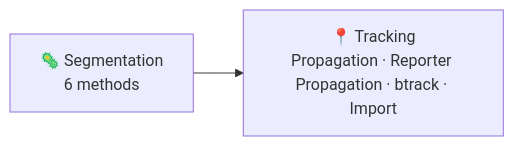
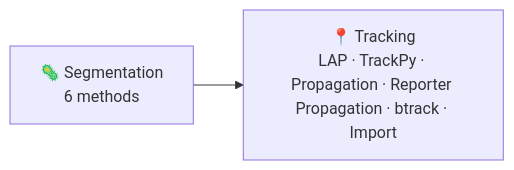
One commit to imAIgene-Dream3D/BEHAV3D changed the diagram in docs/source/processing/index.md. Above: the diagram before and after it, drawn with Mermaid. The commit also changed other lines of this file and 7 other files, not shown here.

````diff
--- a/docs/source/processing/index.md
+++ b/docs/source/processing/index.md
@@ -5,4 +5,4 @@
 ```{mermaid}
 flowchart LR
-    Seg["🦠 Segmentation<br/>6 methods"] --> Trk["📍 Tracking<br/>Propagation · Reporter Propagation · btrack · Import"]
+    Seg["🦠 Segmentation<br/>6 methods"] --> Trk["📍 Tracking<br/>LAP · TrackPy · Propagation · Reporter Propagation · btrack · Import"]
 ```
````
